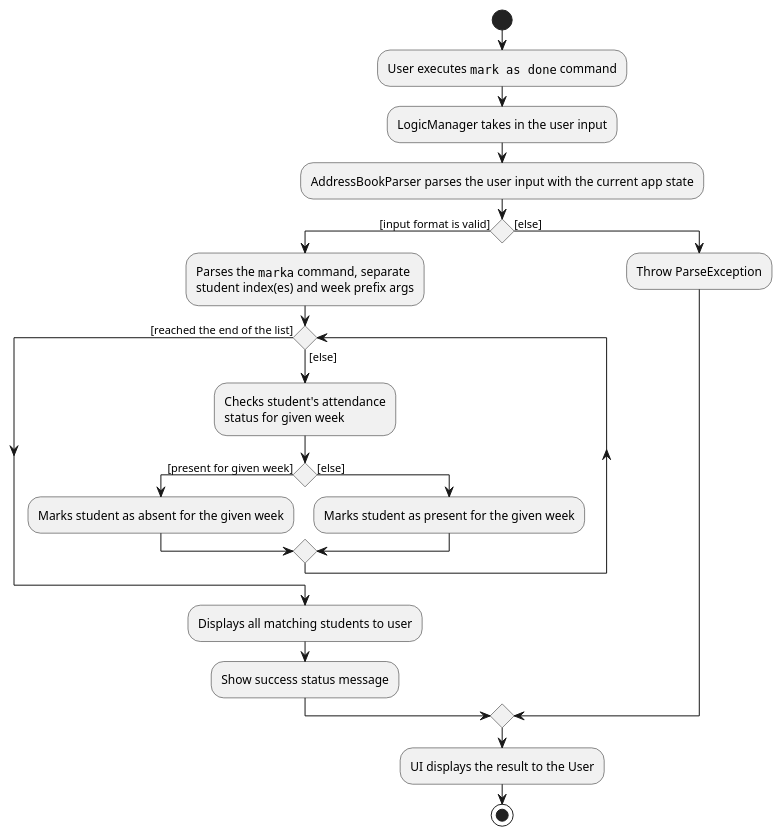
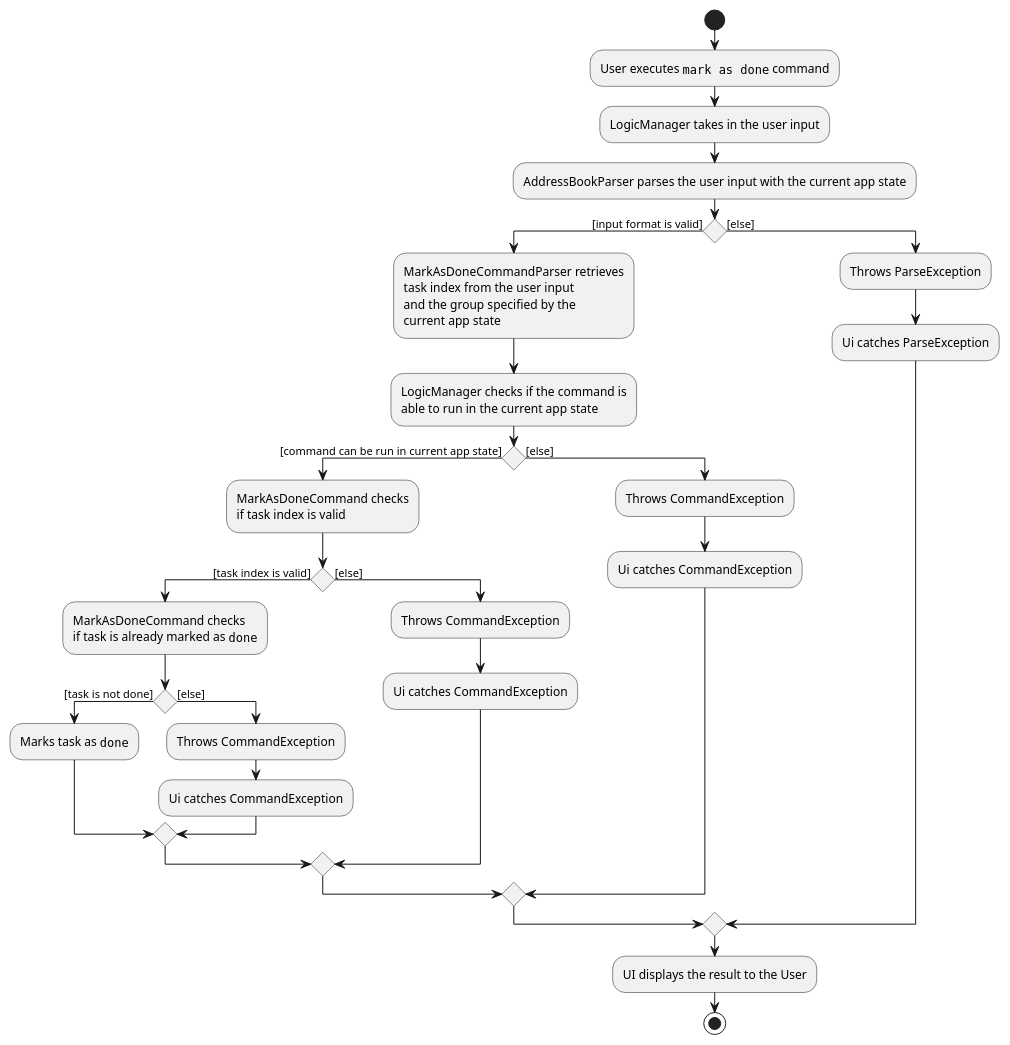
The diagram in docs/diagrams/MarkAsDoneCommandActivityDiagram.puml (thanwinnikki/tp), drawn with PlantUML before and after one commit. The commit also changed 2 other files, not shown here.

Commit message:
Add MarkAsDoneCommand implementation

```diff
--- a/docs/diagrams/MarkAsDoneCommandActivityDiagram.puml
+++ b/docs/diagrams/MarkAsDoneCommandActivityDiagram.puml
@@ -1,42 +1,59 @@
 @startuml
 'https://plantuml.com/activity-diagram-beta
 
 start
 
 :User executes ""mark as done"" command;
 :LogicManager takes in the user input;
 :AddressBookParser parses the user input with the current app state;
 
 
 if () then ([input format is valid])
-    :Parses the ""marka"" command, separate
-    student index(es) and week prefix args;
+    :MarkAsDoneCommandParser retrieves
+    task index from the user input
+    and the group specified by the
+    current app state;
 
-    while () is ([else])
+    :LogicManager checks if the command is
+    able to run in the current app state;
 
-    :Checks student's attendance
-    status for given week;
+    if () then ([command can be run in current app state])
 
-    if () then ([present for given week])
-    :Marks student as absent for the given week;
+    :MarkAsDoneCommand checks
+    if task index is valid;
+
+    if () then ([task index is valid])
+    :MarkAsDoneCommand checks
+    if task is already marked as ""done"";
+
+    if () then ([task is not done])
+        :Marks task as ""done"";
 
     else ([else])
-    :Marks student as present for the given week;
+    :Throws CommandException;
+    :Ui catches CommandException;
 
     endif
 
-    endwhile ([reached the end of the list])
+    else ([else])
+    :Throws CommandException;
+        :Ui catches CommandException;
 
-    :Displays all matching students to user;
-    :Show success status message;
+    endif
+
+    else ([else])
+    :Throws CommandException;
+    :Ui catches CommandException;
+
+    endif
 
 else ([else])
-
-    :Throw ParseException;
+    :Throws ParseException;
+    :Ui catches ParseException;
 
 endif
 :UI displays the result to the User;
 
 stop
 
 @enduml
```
